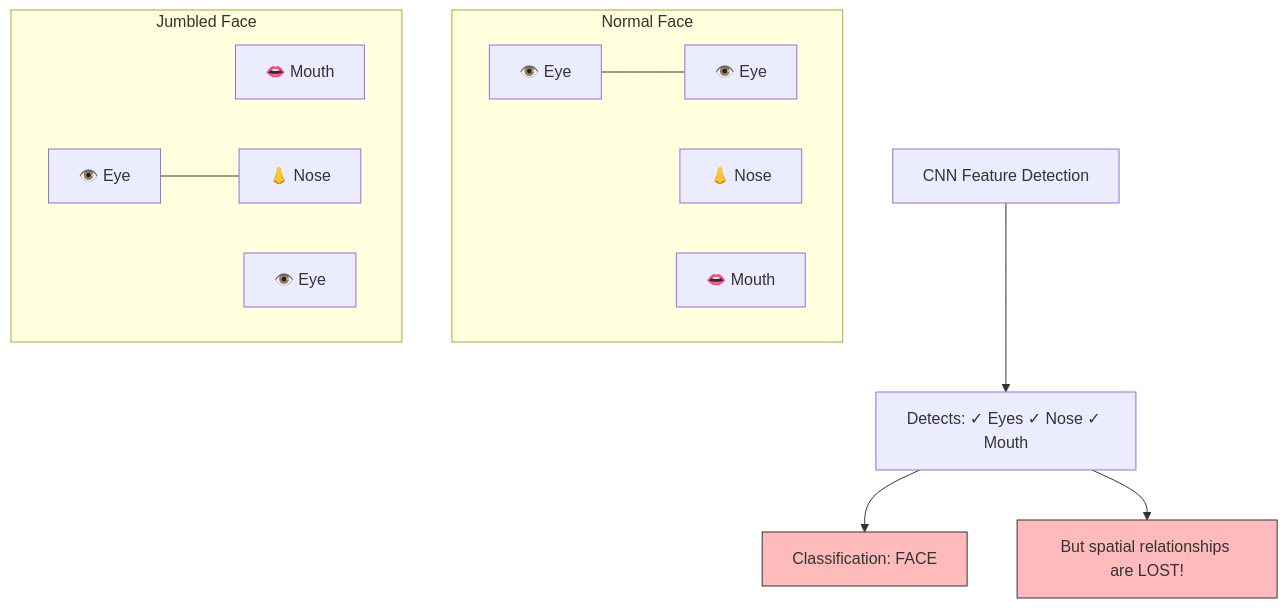
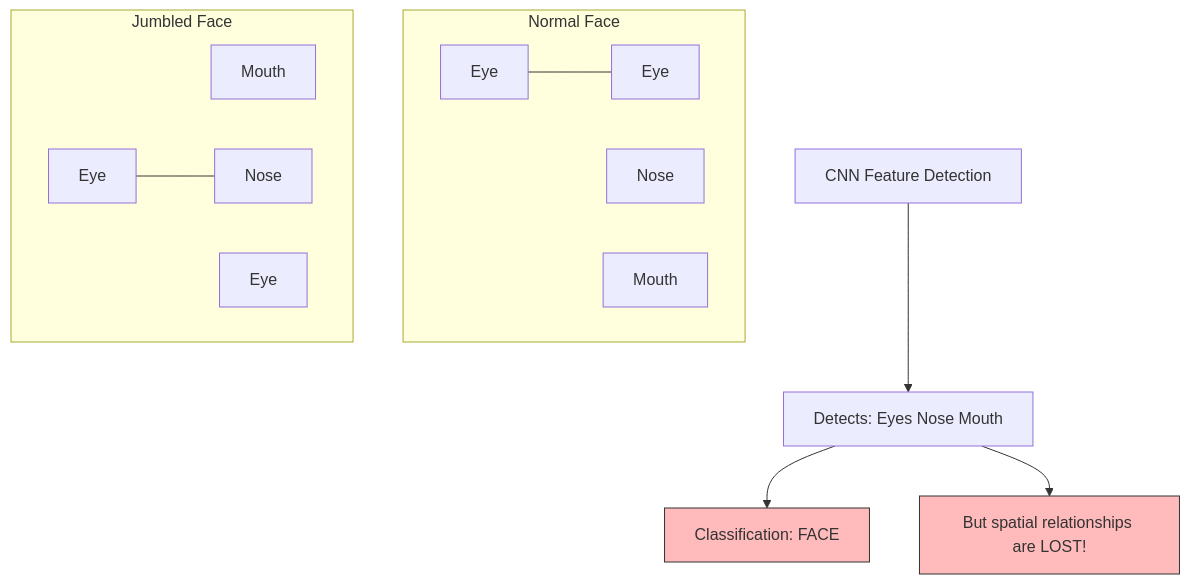
The third of 3 diagrams in AI/Academic/Deep Learning/Cours/Chapter 2 - CNN/1. Introduction and Foundations of CNNs.md (Vtheonly/Obsidian_Notes), drawn with Mermaid before and after one commit. The commit also changed 148 other files, not shown here.

````diff
--- a/AI/Academic/Deep Learning/Cours/Chapter 2 - CNN/1. Introduction and Foundations of CNNs.md
+++ b/AI/Academic/Deep Learning/Cours/Chapter 2 - CNN/1. Introduction and Foundations of CNNs.md
@@ -259,21 +259,21 @@
 ```mermaid
 graph TD
     subgraph "Normal Face"
-        A1["👁️ Eye"] --- A2["👁️ Eye"]
-        A3["👃 Nose"]
-        A4["👄 Mouth"]
+        A1[" Eye"] --- A2[" Eye"]
+        A3[" Nose"]
+        A4[" Mouth"]
     end
 
     subgraph "Jumbled Face"
-        B1["👄 Mouth"]
-        B2["👁️ Eye"] --- B3["👃 Nose"]
-        B4["👁️ Eye"]
+        B1[" Mouth"]
+        B2[" Eye"] --- B3[" Nose"]
+        B4[" Eye"]
     end
 
-    C["CNN Feature Detection"] --> D["Detects: ✓ Eyes ✓ Nose ✓ Mouth"]
+    C["CNN Feature Detection"] --> D["Detects:  Eyes  Nose  Mouth"]
     D --> E["Classification: FACE"]
     D --> F["But spatial relationships are LOST!"]
 
     style E fill:#fbb,stroke:#333
     style F fill:#fbb,stroke:#333
 ```
````
